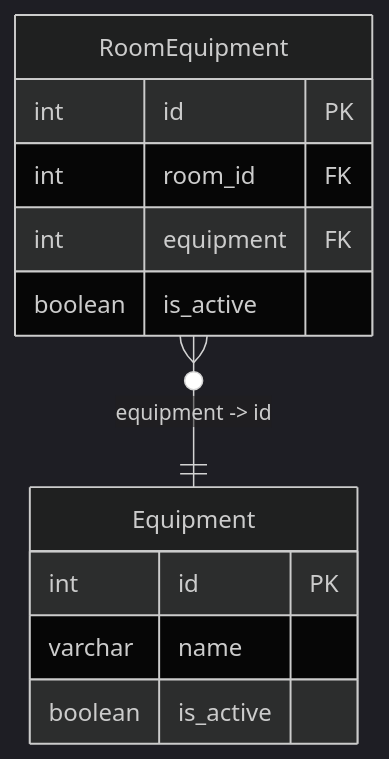
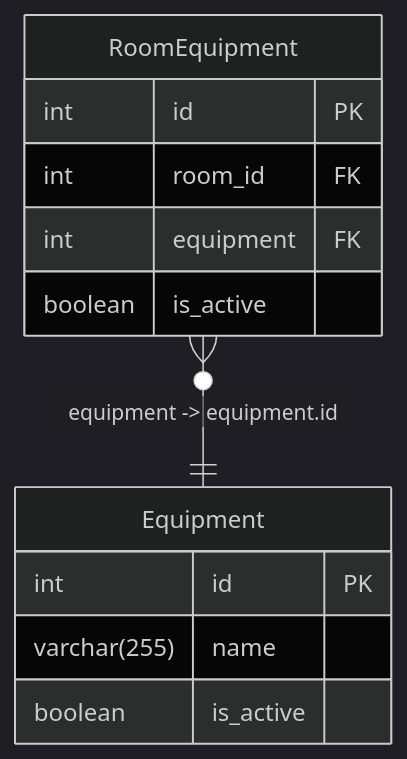
Before and after one commit to YuriSilenok/KPK_UP2_23-2P9: the diagram in S18/doc.md, drawn with Mermaid (dark theme). The commit also changed other lines of this file, not shown here.

````diff
--- a/S18/doc.md
+++ b/S18/doc.md
@@ -91,17 +95,17 @@
 ```mermaid
 erDiagram
     Equipment {
         int id PK
-        varchar name
+        varchar(255) name
         boolean is_active
     }
 
     RoomEquipment {
         int id PK
         int room_id FK
         int equipment FK
         boolean is_active
     }
 
-    RoomEquipment }o--|| Equipment : "equipment -> id"
+    RoomEquipment }o--|| Equipment : "equipment -> equipment.id"
 ```
````
